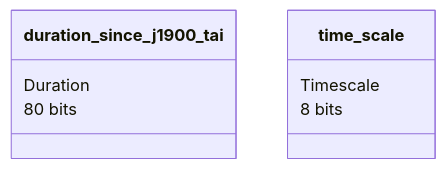
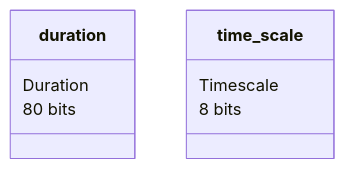
Before and after one commit to nyx-space/docs: the second of 2 diagrams in docs/hifitime/design.md, drawn with Mermaid.

Commit message:
Rename duration_since_j1900_tai to duration

````diff
--- a/docs/hifitime/design.md
+++ b/docs/hifitime/design.md
@@ -30,9 +30,9 @@
 ```mermaid
 classDiagram
-    class duration_since_j1900_tai
-    duration_since_j1900_tai: Duration
-    duration_since_j1900_tai: 80 bits
+    class duration
+    duration: Duration
+    duration: 80 bits
     class time_scale
     time_scale: Timescale
     time_scale: 8 bits
 ```
````
